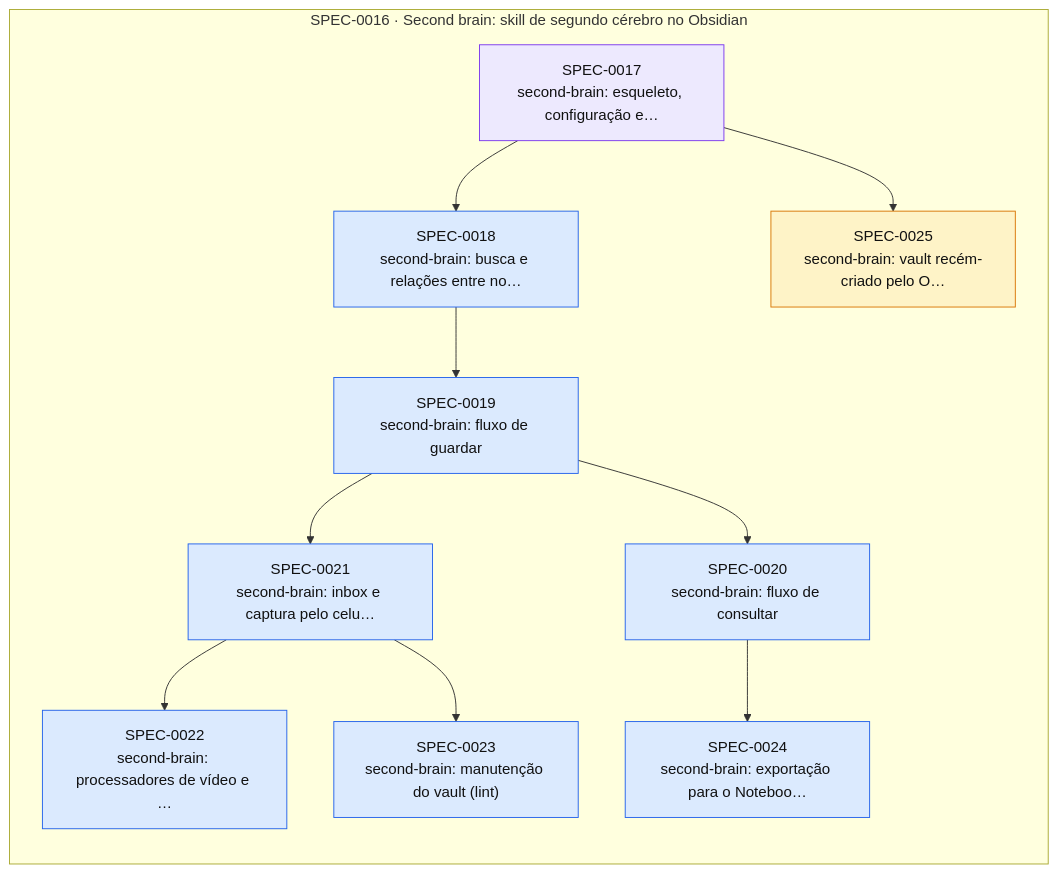
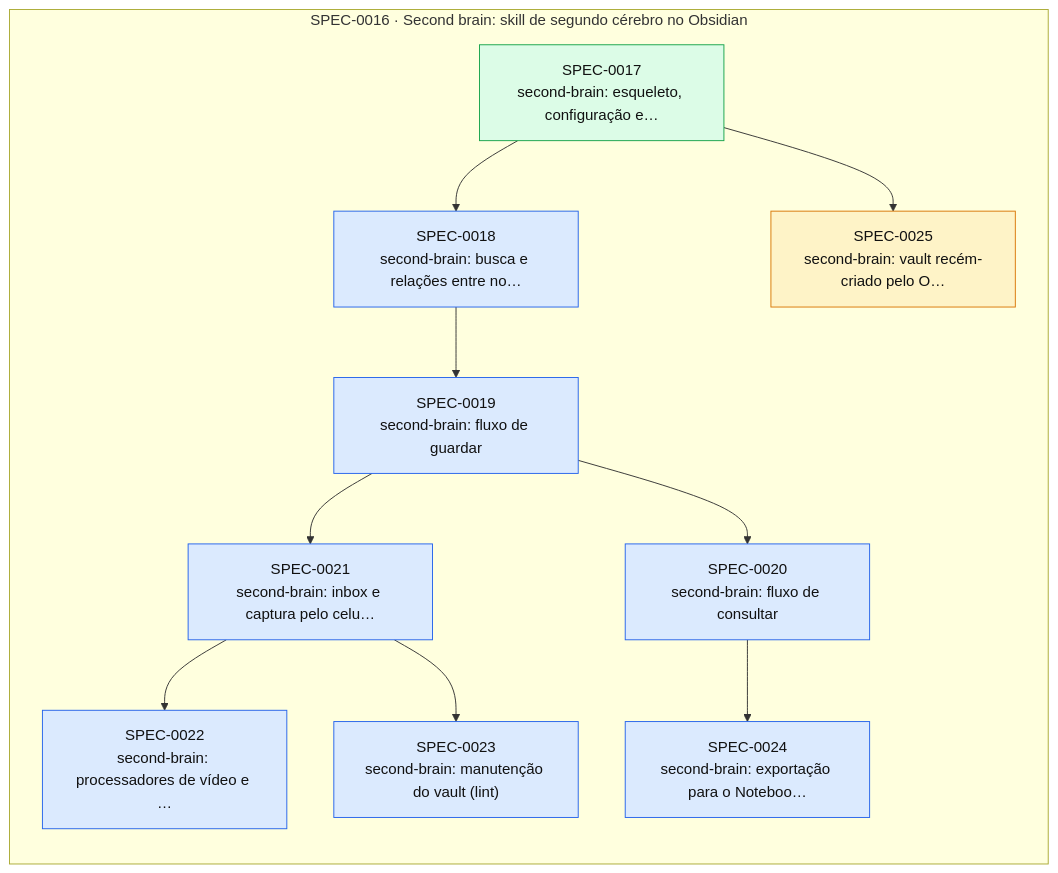
The diagram in docs/specs/INDEX.md (thomasravache/ai-dev-brain), drawn with Mermaid before and after one commit. The commit also changed other lines of this file and 1 other file, not shown here.

First line of the commit message:
docs(specs): G7 e fechamento da SPEC-0017

````diff
--- a/docs/specs/INDEX.md
+++ b/docs/specs/INDEX.md
@@ -53,27 +52,27 @@
 ```mermaid
 flowchart LR
   subgraph E0016["SPEC-0016 · Second brain: skill de segundo cérebro no Obsidian"]
-    S0017["SPEC-0017<br/>second-brain: esqueleto, configuração e…"]:::inprogress
+    S0017["SPEC-0017<br/>second-brain: esqueleto, configuração e…"]:::implemented
     S0018["SPEC-0018<br/>second-brain: busca e relações entre no…"]:::approved
     S0019["SPEC-0019<br/>second-brain: fluxo de guardar"]:::approved
     S0020["SPEC-0020<br/>second-brain: fluxo de consultar"]:::approved
     S0021["SPEC-0021<br/>second-brain: inbox e captura pelo celu…"]:::approved
     S0022["SPEC-0022<br/>second-brain: processadores de vídeo e …"]:::approved
     S0023["SPEC-0023<br/>second-brain: manutenção do vault (lint)"]:::approved
     S0024["SPEC-0024<br/>second-brain: exportação para o Noteboo…"]:::approved
     S0025["SPEC-0025<br/>second-brain: vault recém-criado pelo O…"]:::proposed
   end
   S0017 --> S0018
   S0018 --> S0019
   S0019 --> S0020
   S0019 --> S0021
   S0021 --> S0022
   S0021 --> S0023
   S0020 --> S0024
   S0017 --> S0025
   classDef proposed fill:#fef3c7,stroke:#d97706,color:#111
   classDef approved fill:#dbeafe,stroke:#2563eb,color:#111
   classDef inprogress fill:#ede9fe,stroke:#7c3aed,color:#111
   classDef implemented fill:#dcfce7,stroke:#16a34a,color:#111
   classDef deprecated fill:#f3f4f6,stroke:#9ca3af,color:#6b7280
 ```
````
